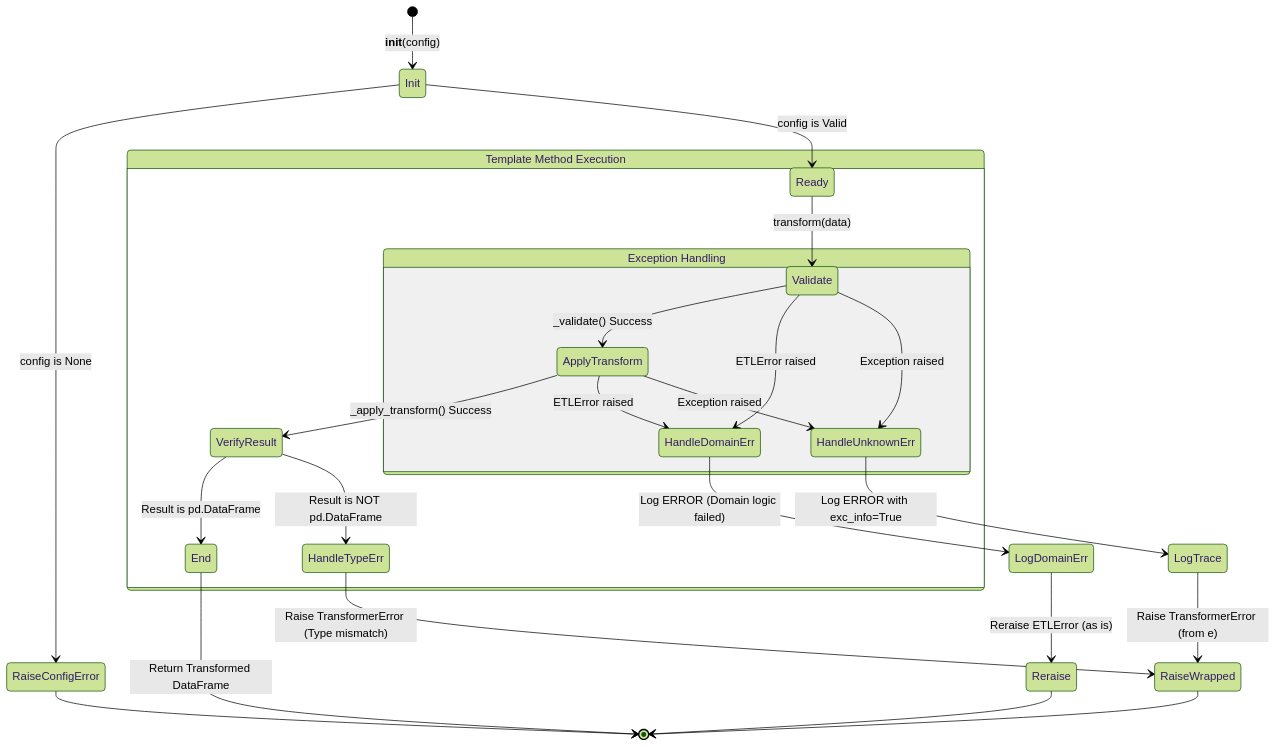
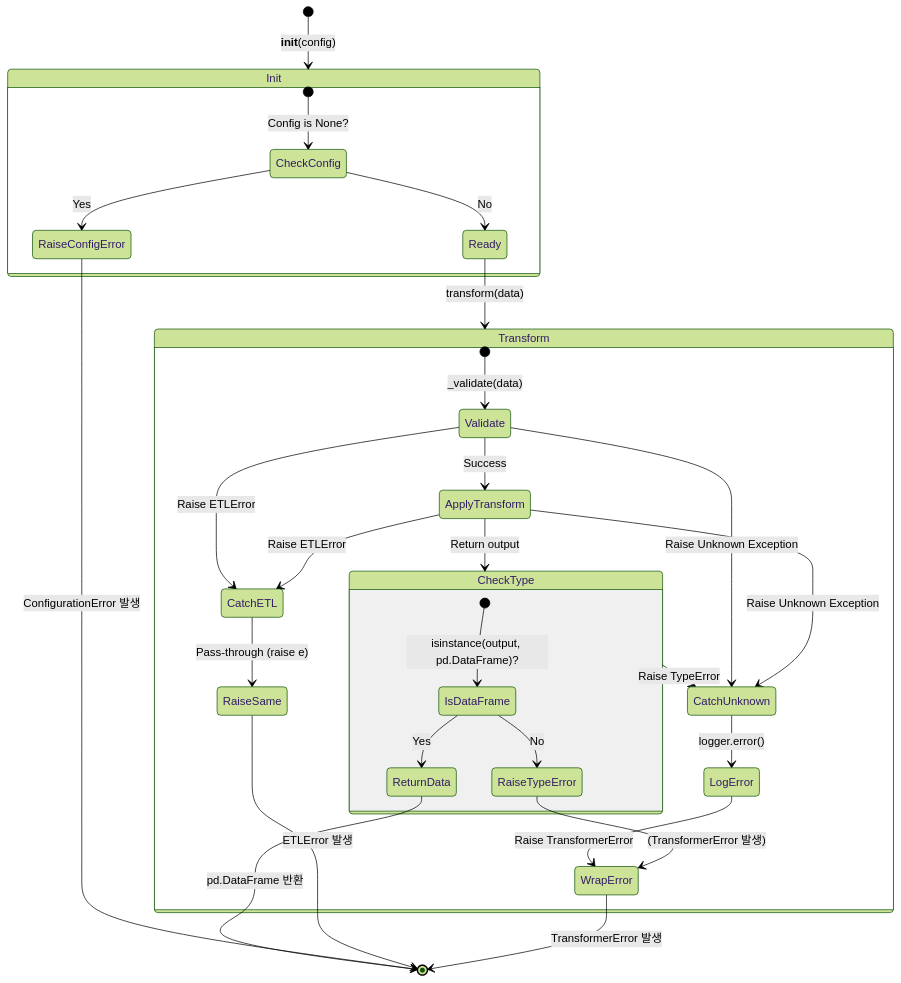
The diagram in docs/TCS/data-pipeline/TCS-TRF-001.md (ASSETMIND/AssetMind), drawn with Mermaid (forest theme) before and after one commit. The commit also changed other lines of this file, not shown here.

Commit message:
#226 - [docs] Abstract Transformer 테스트 문서 수정

````diff
--- a/docs/TCS/data-pipeline/TCS-TRF-001.md
+++ b/docs/TCS/data-pipeline/TCS-TRF-001.md
@@ -16,35 +15,42 @@
 ```mermaid
 stateDiagram-v2
     [*] --> Init: __init__(config)
-    Init --> RaiseConfigError: config is None
-    Init --> Ready: config is Valid
 
-    state "Template Method Execution" as TME {
-        Ready --> Validate: transform(data)
-        Validate --> ApplyTransform: _validate() Success
-        ApplyTransform --> VerifyResult: _apply_transform() Success
+    state Init {
+        [*] --> CheckConfig: Config is None?
+        CheckConfig --> RaiseConfigError: Yes
+        CheckConfig --> Ready: No
+    }
 
-        state "Exception Handling" as EH {
-            Validate --> HandleDomainErr: ETLError raised
-            Validate --> HandleUnknownErr: Exception raised
-            ApplyTransform --> HandleDomainErr: ETLError raised
-            ApplyTransform --> HandleUnknownErr: Exception raised
+    Ready --> Transform: transform(data)
+
+    state Transform {
+        [*] --> Validate: _validate(data)
+        Validate --> ApplyTransform: Success
+
+        ApplyTransform --> CheckType: Return output
+
+        state CheckType {
+            [*] --> IsDataFrame: isinstance(output, pd.DataFrame)?
+            IsDataFrame --> RaiseTypeError: No
+            IsDataFrame --> ReturnData: Yes
         }
 
-        VerifyResult --> End: Result is pd.DataFrame
-        VerifyResult --> HandleTypeErr: Result is NOT pd.DataFrame
+        Validate --> CatchETL: Raise ETLError
+        ApplyTransform --> CatchETL: Raise ETLError
+
+        Validate --> CatchUnknown: Raise Unknown Exception
+        ApplyTransform --> CatchUnknown: Raise Unknown Exception
+        CheckType --> CatchUnknown: Raise TypeError
+
+        CatchETL --> RaiseSame: Pass-through (raise e)
+        CatchUnknown --> LogError: logger.error()
+        LogError --> WrapError: Raise TransformerError
     }
 
-    HandleDomainErr --> LogDomainErr: Log ERROR (Domain logic failed)
-    LogDomainErr --> Reraise: Reraise ETLError (as is)
-
-    HandleUnknownErr --> LogTrace: Log ERROR with exc_info=True
-    LogTrace --> RaiseWrapped: Raise TransformerError (from e)
-
-    HandleTypeErr --> RaiseWrapped: Raise TransformerError (Type mismatch)
-
-    End --> [*]: Return Transformed DataFrame
-    Reraise --> [*]
-    RaiseWrapped --> [*]
-    RaiseConfigError --> [*]
+    ReturnData --> [*]: pd.DataFrame 반환
+    RaiseConfigError --> [*]: ConfigurationError 발생
+    RaiseTypeError --> WrapError: (TransformerError 발생)
+    RaiseSame --> [*]: ETLError 발생
+    WrapError --> [*]: TransformerError 발생
 ```
````
